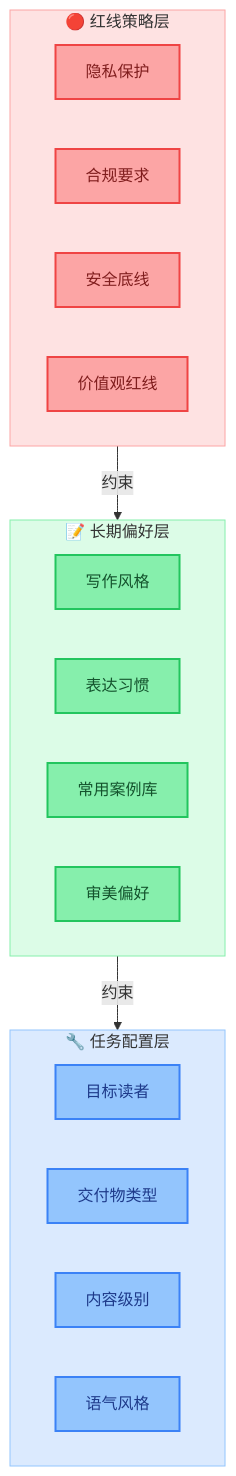
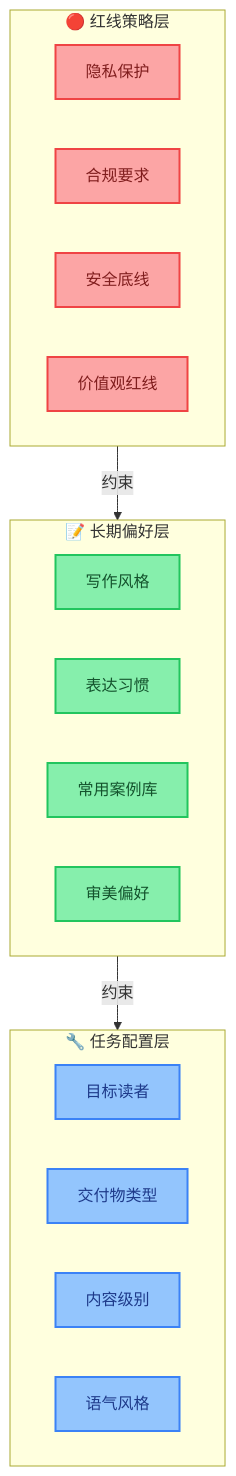
Before and after one commit to xinetzone/SpecWeave: the diagram in .agents/docs/knowledge/learning/02-agent-engineering-methodology/harness-seven-components-wiki/08-configuration.md, drawn with Mermaid. The commit also changed 31 other files, not shown here.

Commit message:
docs(task8): 清零高价值人类文档的 Mermaid error

````diff
--- a/.agents/docs/knowledge/learning/02-agent-engineering-methodology/harness-seven-components-wiki/08-configuration.md
+++ b/.agents/docs/knowledge/learning/02-agent-engineering-methodology/harness-seven-components-wiki/08-configuration.md
@@ -58,43 +58,38 @@
 ```mermaid
 flowchart TB
-    subgraph 顶层["🔧 任务配置层"]
+    subgraph TOP_LAYER ["🔧 任务配置层"]
         direction LR
         T1["目标读者"]
         T2["交付物类型"]
         T3["内容级别"]
         T4["语气风格"]
     end
-
-    subgraph 中层["📝 长期偏好层"]
+    subgraph MIDDLE_LAYER ["📝 长期偏好层"]
         direction LR
         M1["写作风格"]
         M2["表达习惯"]
         M3["常用案例库"]
         M4["审美偏好"]
     end
-
-    subgraph 底层["🔴 红线策略层"]
+    subgraph BOTTOM_LAYER ["🔴 红线策略层"]
         direction LR
         B1["隐私保护"]
         B2["合规要求"]
         B3["安全底线"]
         B4["价值观红线"]
     end
-
-    底层 -->|约束| 中层
-    中层 -->|约束| 顶层
-
+    BOTTOM_LAYER -->|"约束"| MIDDLE_LAYER
+    MIDDLE_LAYER -->|"约束"| TOP_LAYER
     classDef top fill:#93c5fd,stroke:#3b82f6,stroke-width:2px,color:#1e3a8a
     classDef middle fill:#86efac,stroke:#22c55e,stroke-width:2px,color:#14532d
     classDef bottom fill:#fca5a5,stroke:#ef4444,stroke-width:2px,color:#7f1d1d
     classDef subgraph_top fill:#dbeafe,stroke:#93c5fd,stroke-width:1px
     classDef subgraph_middle fill:#dcfce7,stroke:#86efac,stroke-width:1px
     classDef subgraph_bottom fill:#fee2e2,stroke:#fca5a5,stroke-width:1px
-
     class T1,T2,T3,T4 top
     class M1,M2,M3,M4 middle
     class B1,B2,B3,B4 bottom
     class 顶层 subgraph_top
     class 中层 subgraph_middle
     class 底层 subgraph_bottom
 ```
````
